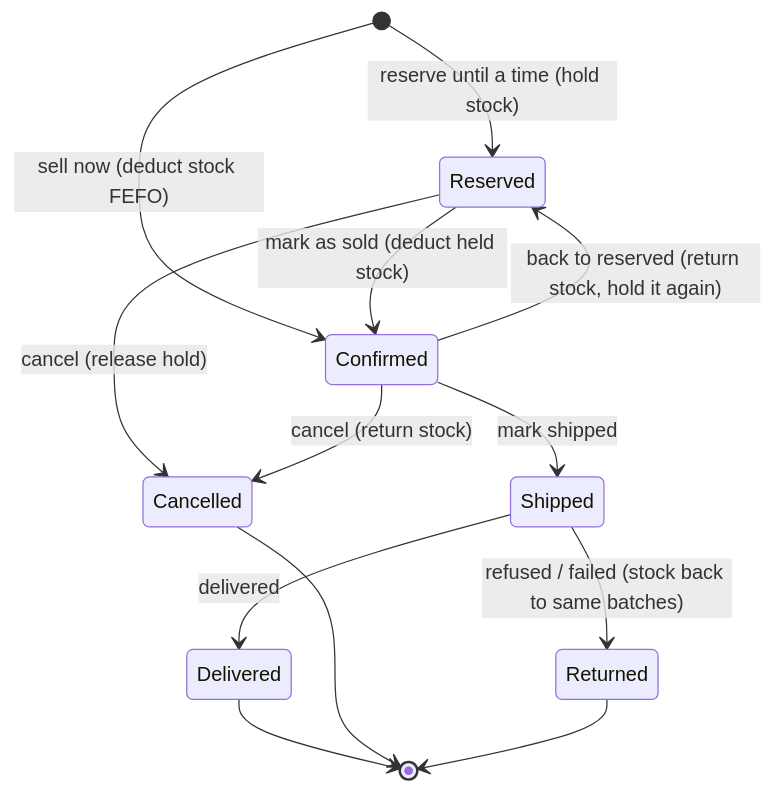
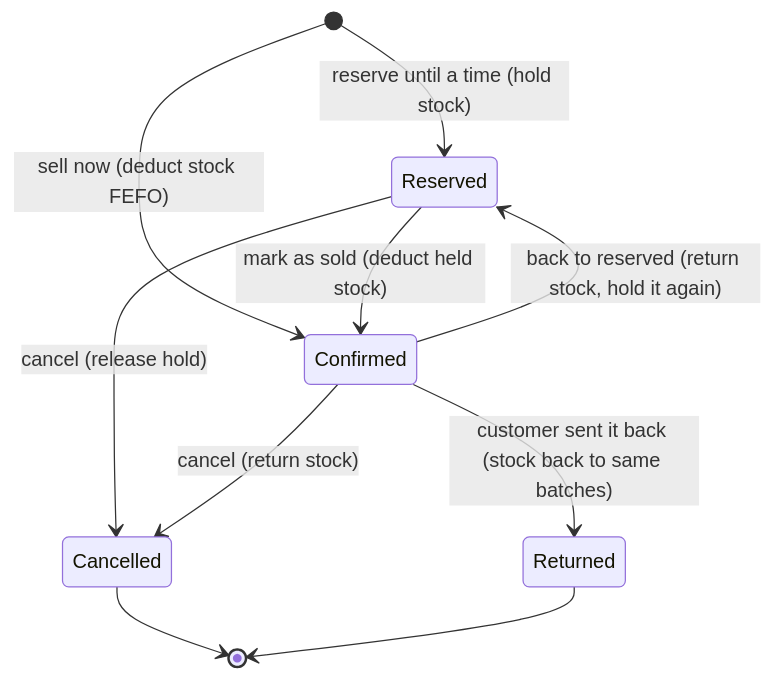
Before and after one commit to razanhasbini/alara-erp: the first of 2 diagrams in docs/architecture.md, drawn with Mermaid. The commit also changed other lines of this file and 60 other files, not shown here.

````diff
--- a/docs/architecture.md
+++ b/docs/architecture.md
@@ -149,15 +148,12 @@
 ```mermaid
 stateDiagram-v2
     [*] --> Reserved: reserve until a time (hold stock)
     [*] --> Confirmed: sell now (deduct stock FEFO)
     Reserved --> Confirmed: mark as sold (deduct held stock)
     Reserved --> Cancelled: cancel (release hold)
     Confirmed --> Reserved: back to reserved (return stock, hold it again)
-    Confirmed --> Shipped: mark shipped
     Confirmed --> Cancelled: cancel (return stock)
-    Shipped --> Delivered: delivered
-    Shipped --> Returned: refused / failed (stock back to same batches)
-    Delivered --> [*]
+    Confirmed --> Returned: customer sent it back (stock back to same batches)
     Cancelled --> [*]
     Returned --> [*]
 ```
````
